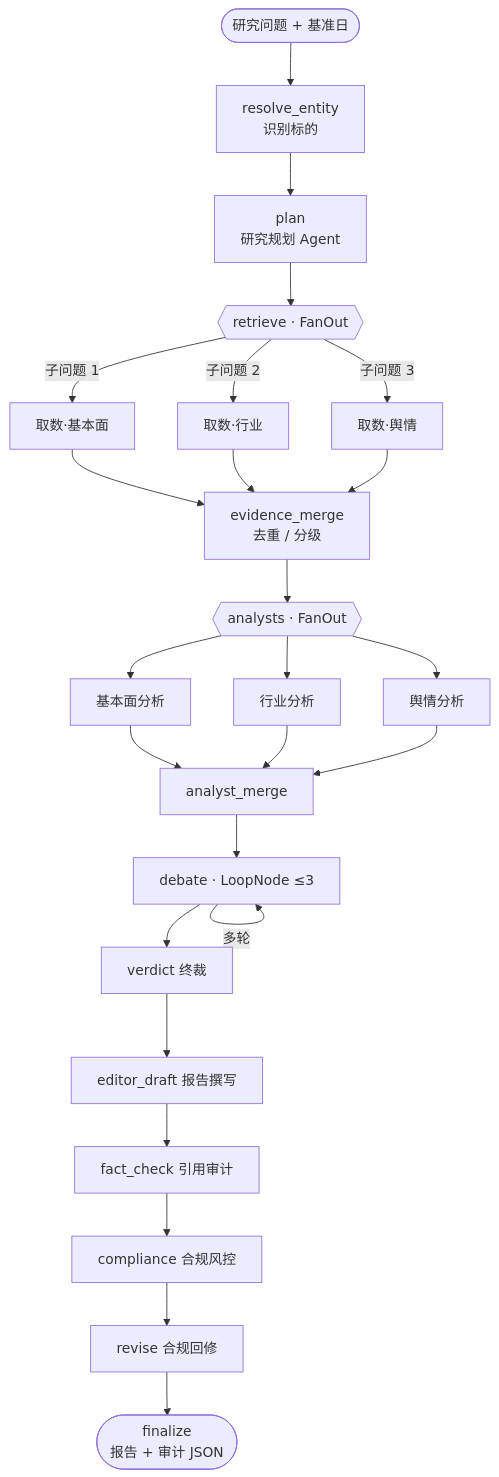
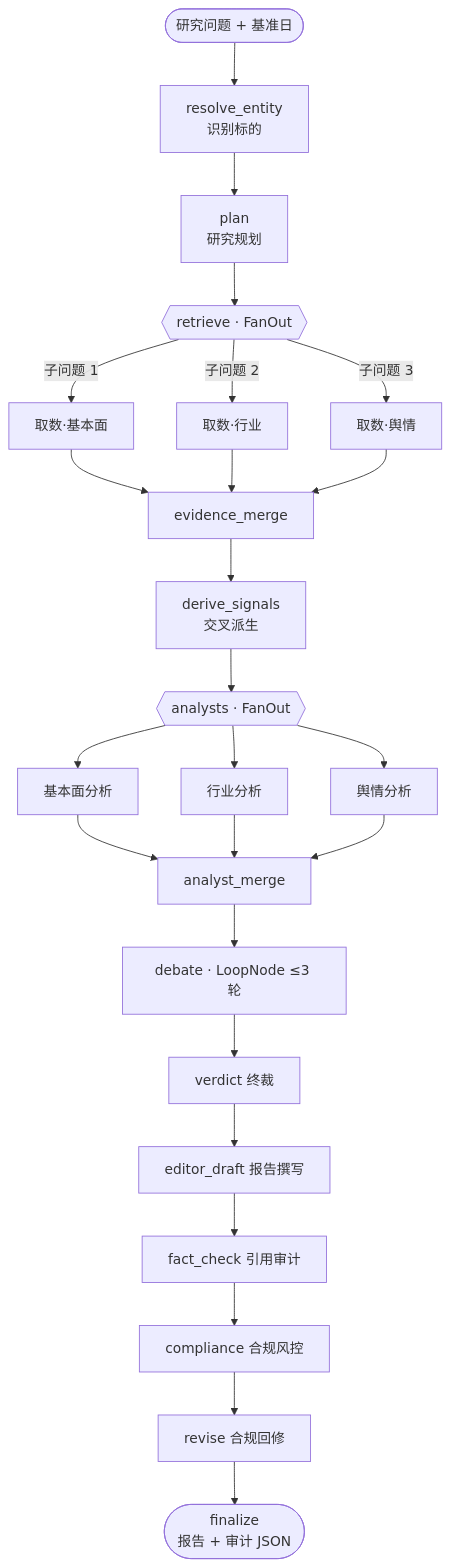
One commit to markliu12/equitylens changed the first of 2 diagrams in README.md. Above: the diagram before and after it, drawn with Mermaid. The commit also changed other lines of this file and 17 other files, not shown here.

````diff
--- a/README.md
+++ b/README.md
@@ -29,27 +156,27 @@
 ```mermaid
 flowchart TD
     Q([研究问题 + 基准日]) --> R[resolve_entity<br/>识别标的]
-    R --> P[plan<br/>研究规划 Agent]
+    R --> P[plan<br/>研究规划]
     P --> RT{{retrieve · FanOut}}
     RT -->|子问题 1| R1[取数·基本面]
     RT -->|子问题 2| R2[取数·行业]
     RT -->|子问题 3| R3[取数·舆情]
-    R1 --> EM[evidence_merge<br/>去重 / 分级]
+    R1 --> EM[evidence_merge]
     R2 --> EM
     R3 --> EM
-    EM --> AN{{analysts · FanOut}}
+    EM --> DS[derive_signals<br/>交叉派生]
+    DS --> AN{{analysts · FanOut}}
     AN --> A1[基本面分析]
     AN --> A2[行业分析]
     AN --> A3[舆情分析]
     A1 --> AM[analyst_merge]
     A2 --> AM
     A3 --> AM
-    AM --> D[debate · LoopNode ≤3]
-    D -->|多轮| D
+    AM --> D[debate · LoopNode ≤3 轮]
     D --> V[verdict 终裁]
     V --> ED[editor_draft 报告撰写]
     ED --> FC[fact_check 引用审计]
     FC --> CP[compliance 合规风控]
     CP --> RV[revise 合规回修]
     RV --> FN([finalize<br/>报告 + 审计 JSON])
 ```
````
